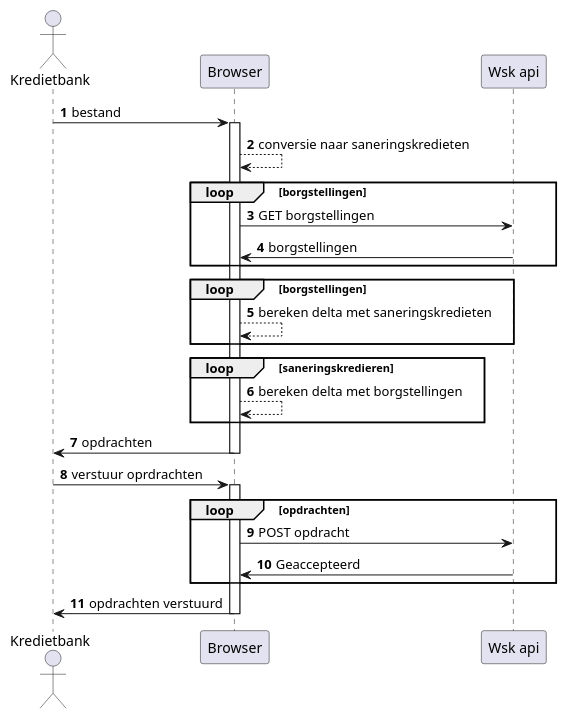
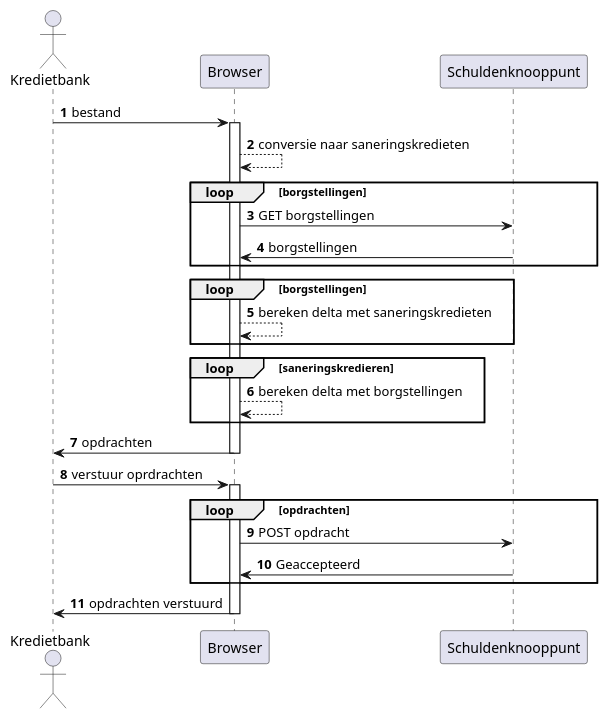
The diagram in docs/800_adapters/100_handmatig-muteren/sequence-diagram.puml (sbnnl/documentatie), drawn with PlantUML before and after one commit. The commit also changed 1 other file, not shown here.

```diff
--- a/docs/800_adapters/100_handmatig-muteren/sequence-diagram.puml
+++ b/docs/800_adapters/100_handmatig-muteren/sequence-diagram.puml
@@ -1,45 +1,45 @@
 @startuml
 autonumber
 
 actor Kredietbank as user
 participant "Browser" as browser
-participant "Wsk api" as api
+participant "Schuldenknooppunt" as api
 
 user -> browser : bestand
 
 activate browser
 
 browser --> browser : conversie naar saneringskredieten
 
 loop borgstellingen
     browser -> api : GET borgstellingen
     api -> browser : borgstellingen
 end
 
 
 loop borgstellingen
     browser --> browser : bereken delta met saneringskredieten
 end
 
 loop saneringskredieren
     browser --> browser : bereken delta met borgstellingen
 end
 
 browser -> user : opdrachten
 
 deactivate browser
 
 user -> browser : verstuur oprdrachten
 
 activate browser
 
 loop opdrachten
     browser -> api : POST opdracht
     api -> browser : Geaccepteerd
 end
 
 browser -> user : opdrachten verstuurd
 
 deactivate browser
 
 @enduml
```
